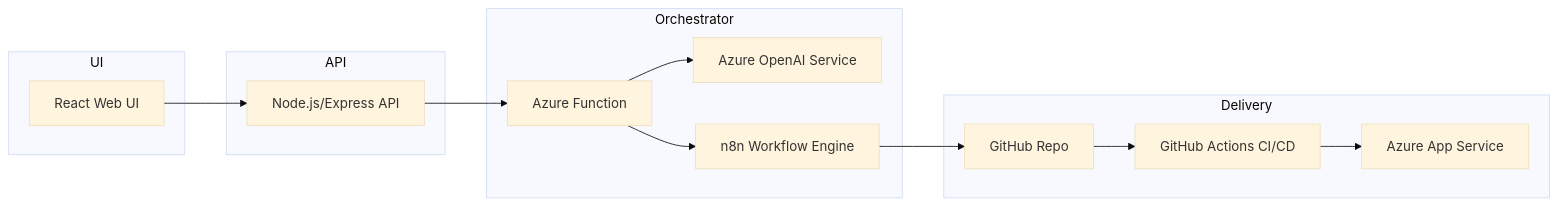
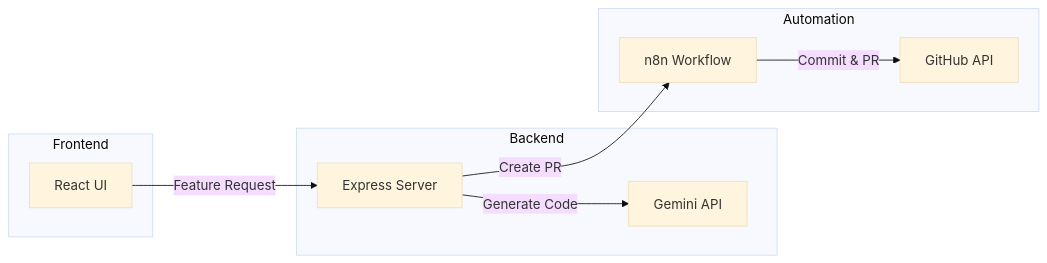
One commit to Seshu24/feature-scaffold changed the first of 2 diagrams in README.md. Above: the diagram before and after it, drawn with Mermaid (base theme). The commit also changed other lines of this file and 6 other files, not shown here.

````diff
--- a/README.md
+++ b/README.md
@@ -15,30 +11,21 @@
 ```mermaid
 flowchart LR
-  subgraph UI
-    A[React Web UI]
-  end
+    subgraph Frontend
+        A[React UI]
+    end
 
-  subgraph API
-    B[Node.js/Express API]
-  end
+    subgraph Backend
+        B[Express Server]
+        C[Gemini API]
+    end
 
-  subgraph Orchestrator
-    C[Azure Function]
-    D[Azure OpenAI Service]
-    E[n8n Workflow Engine]
-  end
+    subgraph Automation
+        D[n8n Workflow]
+        E[GitHub API]
+    end
 
-  subgraph Delivery
-    F[GitHub Repo]
-    G[GitHub Actions CI/CD]
-    H[Azure App Service]
-  end
-
-  A --> B
-  B --> C
-  C --> D
-  C --> E
-  E --> F
-  F --> G
-  G --> H
+    A -->|Feature Request| B
+    B -->|Generate Code| C
+    B -->|Create PR| D
+    D -->|Commit & PR| E
 ```
````
